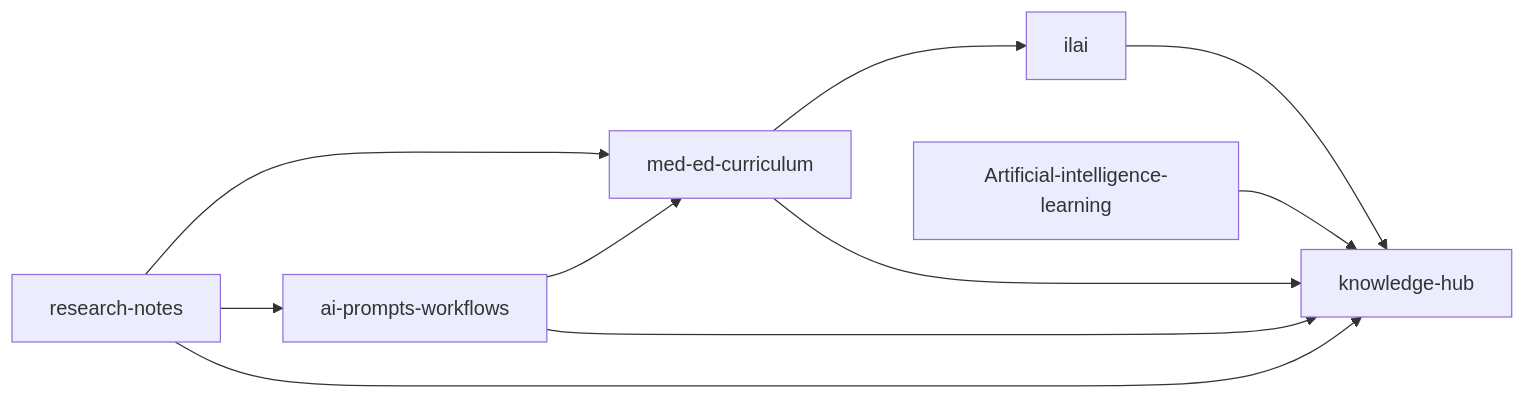
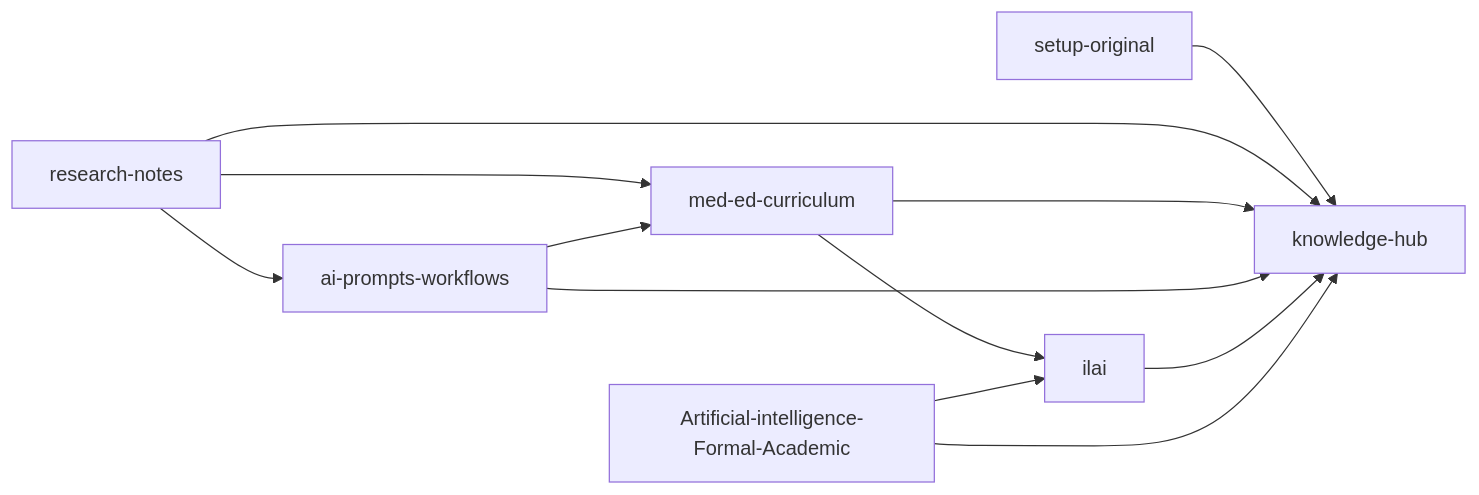
One commit to drlakshan/knowledge-hub changed the diagram in README.md. Above: the diagram before and after it, drawn with Mermaid. The commit also changed other lines of this file and 1 other file, not shown here.

Commit message:
docs: align hub with canonical active/archived repo structure

````diff
--- a/README.md
+++ b/README.md
@@ -25,12 +28,14 @@
 ```mermaid
 graph LR
     RN[research-notes] --> MEC[med-ed-curriculum]
     RN --> AIPW[ai-prompts-workflows]
     AIPW --> MEC
     MEC --> ILAI[ilai]
-    RN --> K[knowledge-hub]
+    AIFA[Artificial-intelligence-Formal-Academic] --> ILAI
+    SETUP[setup-original] --> K[knowledge-hub]
+    RN --> K
     MEC --> K
     AIPW --> K
     ILAI --> K
-    AIL[Artificial-intelligence-learning] --> K
+    AIFA --> K
 ```
````
